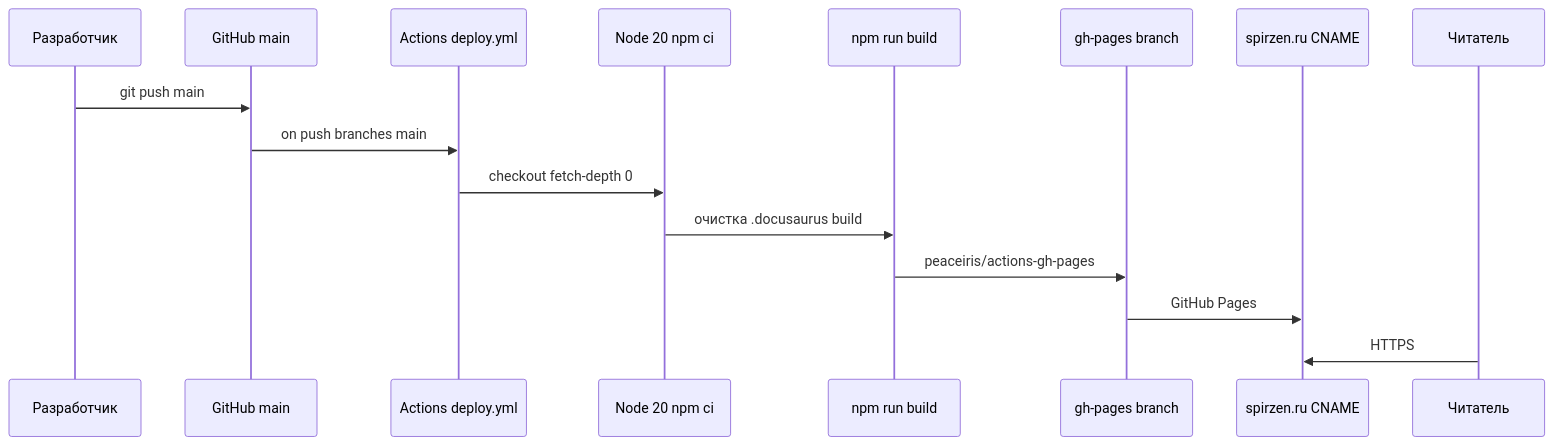
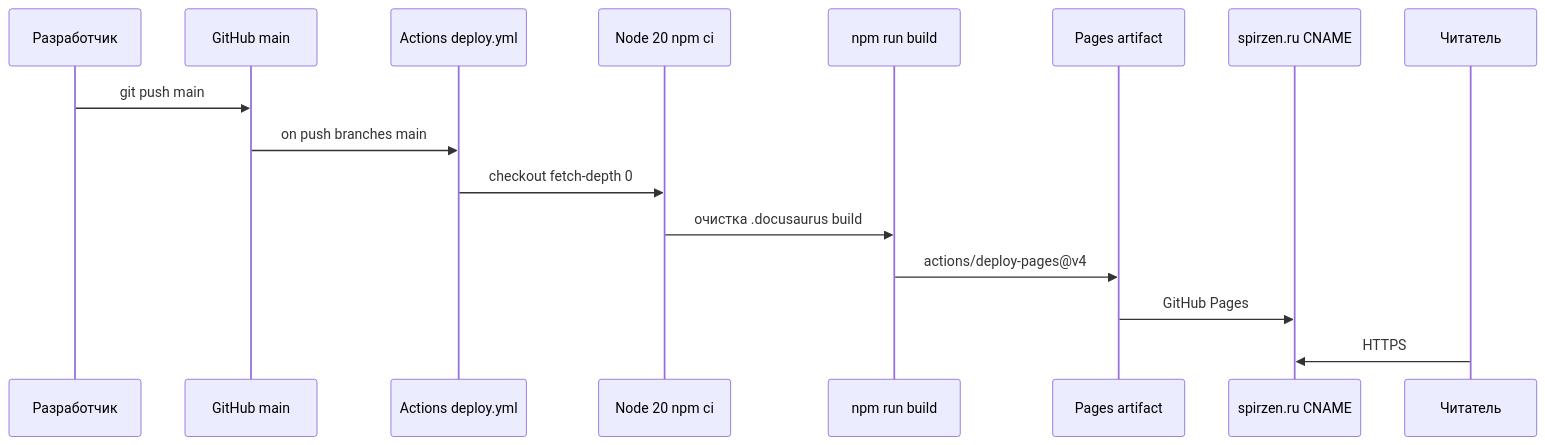
Before and after one commit to Spirzen/it-knowledge-base: diagram 11 of 13 in info/ARCHITECTURE.md, drawn with Mermaid. The commit also changed other lines of this file and 2876 other files, not shown here.

Commit message:
New architecture

````diff
--- a/info/ARCHITECTURE.md
+++ b/info/ARCHITECTURE.md
@@ -541,19 +544,19 @@
 ```mermaid
 sequenceDiagram
   participant Dev as Разработчик
   participant GH as GitHub main
   participant Action as Actions deploy.yml
   participant Node as Node 20 npm ci
   participant Build as npm run build
-  participant Pages as gh-pages branch
+  participant Artifact as Pages artifact
   participant DNS as spirzen.ru CNAME
   participant User as Читатель
 
   Dev->>GH: git push main
   GH->>Action: on push branches main
   Action->>Node: checkout fetch-depth 0
   Node->>Build: очистка .docusaurus build
-  Build->>Pages: peaceiris/actions-gh-pages
-  Pages->>DNS: GitHub Pages
+  Build->>Artifact: actions/deploy-pages@v4
+  Artifact->>DNS: GitHub Pages
   User->>DNS: HTTPS
 ```
````
